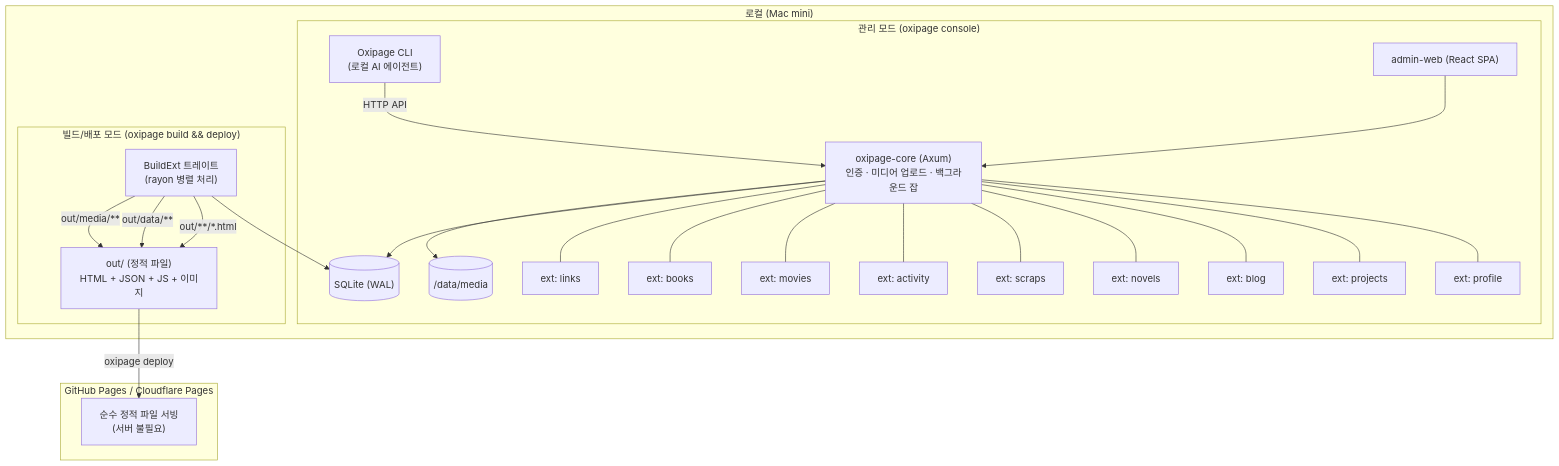
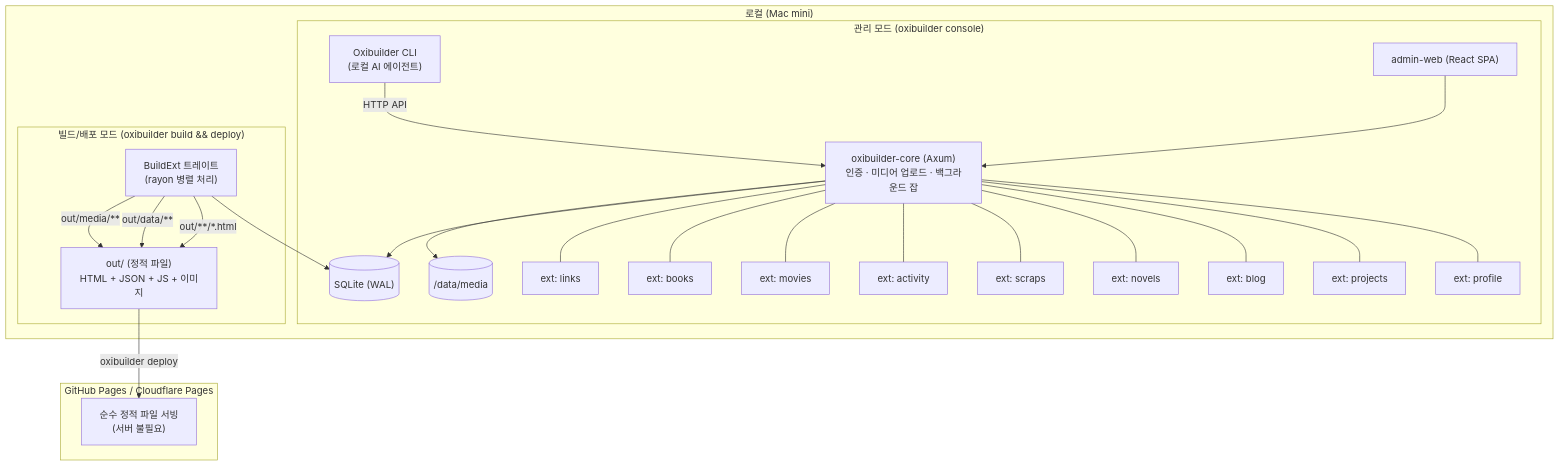
One commit to a7garden/oxipage changed the first of 2 diagrams in doc/01-architecture.md. Above: the diagram before and after it, drawn with Mermaid. The commit also changed other lines of this file and 399 other files, not shown here.

First line of the commit message:
refactor: rename oxipage → oxibuilder

````diff
--- a/doc/01-architecture.md
+++ b/doc/01-architecture.md
@@ -15,26 +15,26 @@
 ```mermaid
 graph TB
     subgraph Local["로컬 (Mac mini)"]
-        subgraph Management["관리 모드 (oxipage console)"]
-            CLI["Oxipage CLI<br/>(로컬 AI 에이전트)"] --> |HTTP API| Core["oxipage-core (Axum)<br/>인증 · 미디어 업로드 · 백그라운드 잡"]
+        subgraph Management["관리 모드 (oxibuilder console)"]
+            CLI["Oxibuilder CLI<br/>(로컬 AI 에이전트)"] --> |HTTP API| Core["oxibuilder-core (Axum)<br/>인증 · 미디어 업로드 · 백그라운드 잡"]
             Admin["admin-web (React SPA)"] --> Core
             Core --- Ext1 & Ext2 & Ext3 & Ext4 & Ext5 & Ext6 & Ext7 & Ext8 & Ext9
             Ext1["ext: profile"]; Ext2["ext: projects"]; Ext3["ext: blog"]
             Ext4["ext: novels"]; Ext5["ext: scraps"]; Ext6["ext: activity"]
             Ext7["ext: movies"]; Ext8["ext: books"]; Ext9["ext: links"]
             Core --> SQLite[("SQLite (WAL)")]; Core --> Media[("/data/media")]
         end
 
-        subgraph Build["빌드/배포 모드 (oxipage build && deploy)"]
+        subgraph Build["빌드/배포 모드 (oxibuilder build && deploy)"]
             BuildExt["BuildExt 트레이트<br/>(rayon 병렬 처리)"] --> SQLite
             BuildExt --> |out/**/*.html| out
             BuildExt --> |out/data/**| out
             BuildExt --> |out/media/**| out
             out["out/ (정적 파일)<br/>HTML + JSON + JS + 이미지"]
         end
     end
 
     subgraph CDN["GitHub Pages / Cloudflare Pages"]
-        out -->|oxipage deploy| Static["순수 정적 파일 서빙<br/>(서버 불필요)"]
+        out -->|oxibuilder deploy| Static["순수 정적 파일 서빙<br/>(서버 불필요)"]
     end
 ```
````
